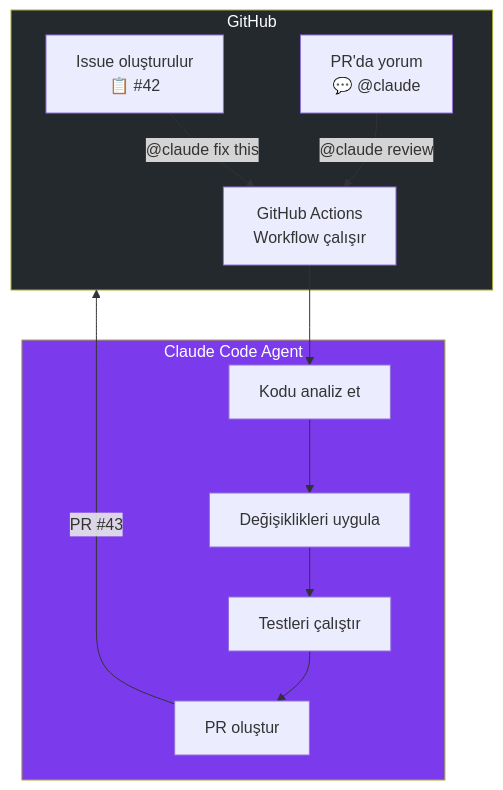
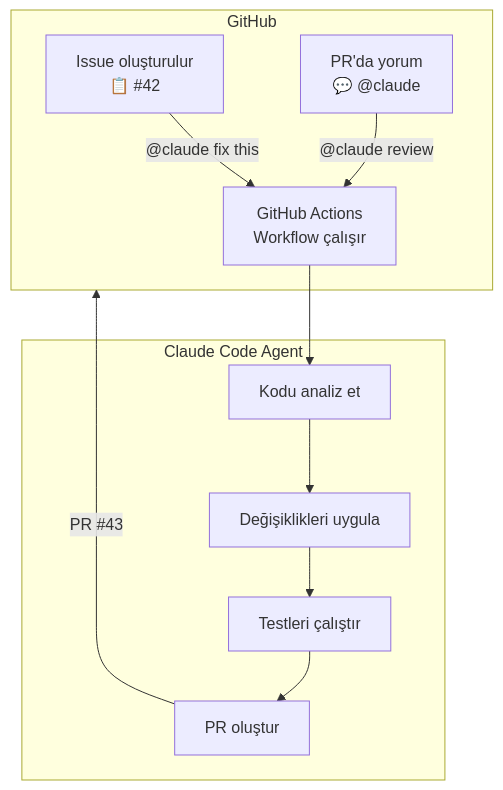
Before and after one commit to IzzetYasinAtes/ClaudeCodeHandbook: the first of 5 diagrams in 16-cicd-ve-devops/01-github-actions.md, drawn with Mermaid. The commit also changed other lines of this file and 97 other files, not shown here.

Commit message:
Remove all custom Mermaid style/fill colors from 98 markdown files for consistent dark theme rendering

````diff
--- a/16-cicd-ve-devops/01-github-actions.md
+++ b/16-cicd-ve-devops/01-github-actions.md
@@ -17,26 +17,24 @@
 ```mermaid
 flowchart TB
     subgraph github ["GitHub"]
         ISS["Issue oluşturulur<br/>📋 #42"]
         PR_COMMENT["PR'da yorum<br/>💬 @claude"]
         ACTION["GitHub Actions<br/>Workflow çalışır"]
     end
 
     subgraph claude ["Claude Code Agent"]
         ANALYZE["Kodu analiz et"]
         IMPLEMENT["Değişiklikleri uygula"]
         TEST["Testleri çalıştır"]
         CREATE_PR["PR oluştur"]
     end
 
     ISS -->|"@claude fix this"| ACTION
     PR_COMMENT -->|"@claude review"| ACTION
     ACTION --> ANALYZE
     ANALYZE --> IMPLEMENT
     IMPLEMENT --> TEST
     TEST --> CREATE_PR
     CREATE_PR -->|"PR #43"| github
 
-    style github fill:#24292E,color:#fff
-    style claude fill:#7C3AED,color:#fff
 ```
````
